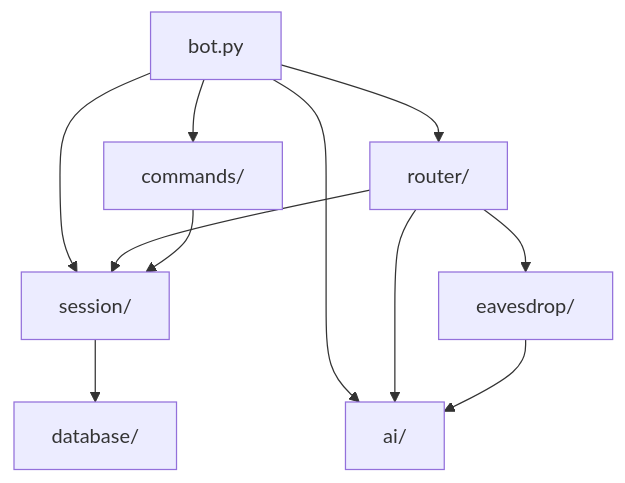
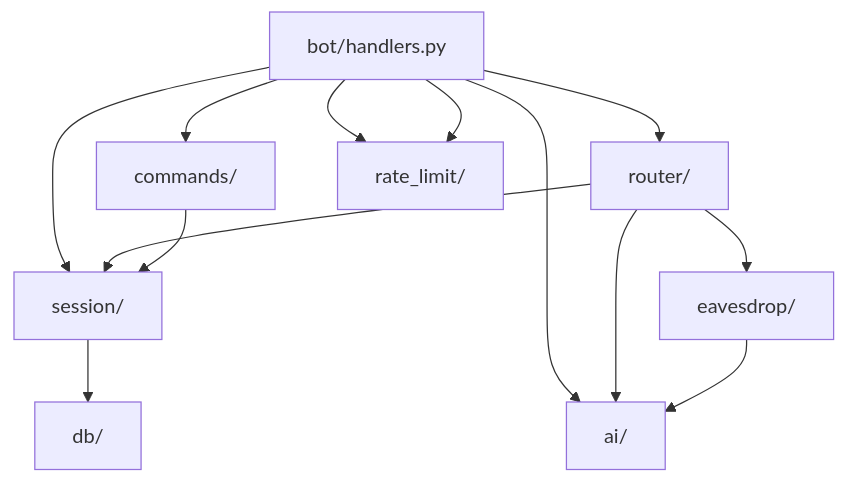
The second of 4 diagrams in docs/architecture/basic-design.md (fluxrozin/kotonoha-bot), drawn with Mermaid before and after one commit. The commit also changed other lines of this file and 16 other files, not shown here.

````diff
--- a/docs/architecture/basic-design.md
+++ b/docs/architecture/basic-design.md
@@ -90,15 +92,17 @@
 ```mermaid
 graph TD
-    Bot[bot.py] --> Router[router/]
+    Bot[bot/handlers.py] --> Router[router/]
     Bot --> Session[session/]
     Bot --> AI[ai/]
     Bot --> Commands[commands/]
+    Bot --> RateLimit[rate_limit/]
 
     Router --> Session
     Router --> AI
     Router --> Eavesdrop[eavesdrop/]
 
-    Session --> DB[database/]
+    Session --> DB[db/]
     Eavesdrop --> AI
     Commands --> Session
+    Bot --> RateLimit
 ```
````
